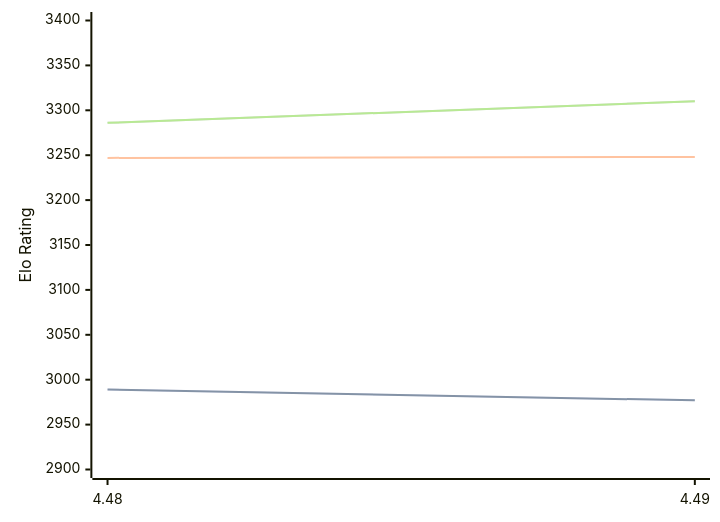
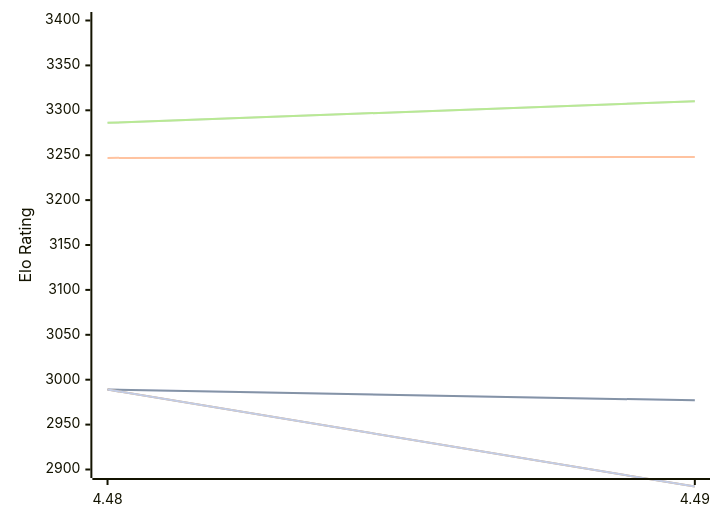
The diagram in engines/Cheng4.md (computer-chess-index/cci), drawn with Mermaid before and after one commit. The commit also changed other lines of this file, not shown here.

Commit message:
Update CCI Ratings (ELO VLTC) - 2026-10-11

````diff
--- a/engines/Cheng4.md
+++ b/engines/Cheng4.md
@@ -48,16 +48,13 @@
 ```mermaid
 %%{init: {"theme":"base","themeVariables":{"seriesColors:['#a3a3a3','#222221','#faa371']}}}%%
 xychart-beta
   x-axis ["4.48", "4.49"]
   y-axis "Elo Rating" 2900 --> 3400
   line "" [2989, 2977]
   line "T1: STC (8.0+0.08s)" [2989, 2977]
   line "T1: LTC (60.0+0.60s)" [3247, 3248]
   line "" [3286, 3310]
   line "T1: VLTC (2m24s+1.12s)" [3286, 3310]
-  line "" [2869]
-  line "E1: STC (8.0+0.08s)" [2869]
-  line "E1: LTC (60.0+0.60s)" [3186]
-  line "" [3258]
-  line "E1: VLTC (2m24s+1.12s)" [3258]
+  line "" [2989,2881]
+  line "E1: STC (8.0+0.08s)" [2989,2881]
 ```
````
